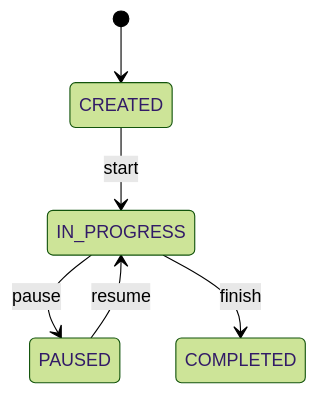
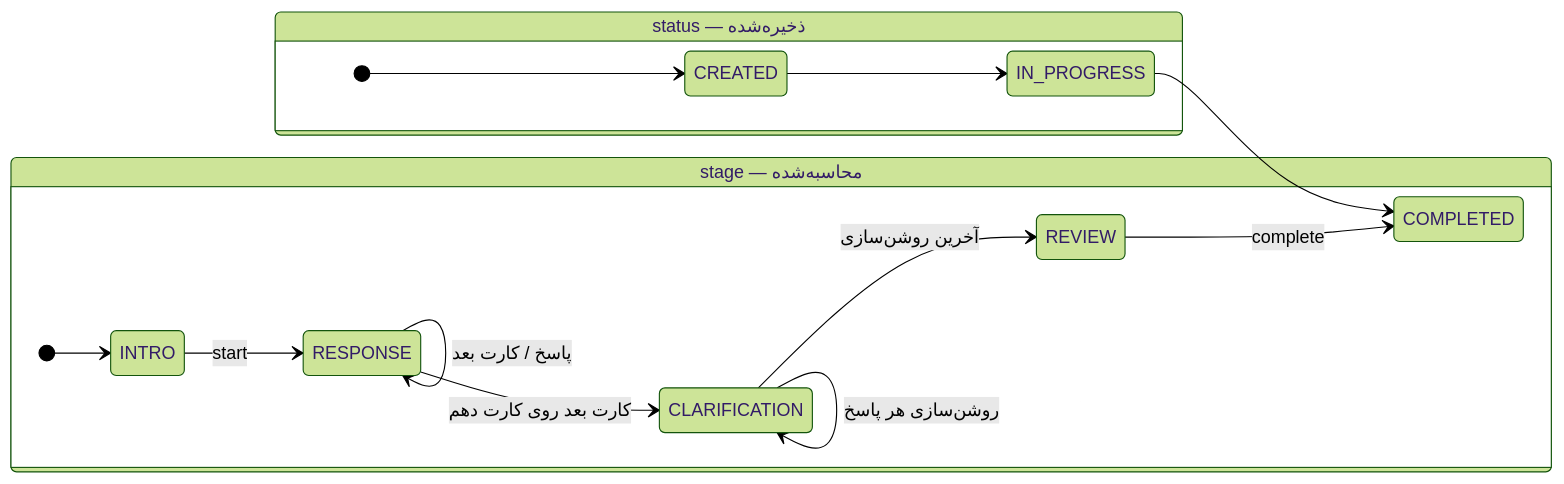
Before and after one commit to elmkhah/rorschach: the fourth of 8 diagrams in documentation/02-architecture.md, drawn with Mermaid (forest theme). The commit also changed other lines of this file and 23 other files, not shown here.

````diff
--- a/documentation/02-architecture.md
+++ b/documentation/02-architecture.md
@@ -70,8 +137,18 @@
 ```mermaid
 stateDiagram-v2
-    [*] --> CREATED
-    CREATED --> IN_PROGRESS: start
-    IN_PROGRESS --> PAUSED: pause
-    IN_PROGRESS --> COMPLETED: finish
-    PAUSED --> IN_PROGRESS: resume
+    direction LR
+    state "status — ذخیره‌شده" as S {
+        [*] --> CREATED
+        CREATED --> IN_PROGRESS
+        IN_PROGRESS --> COMPLETED
+    }
+    state "stage — محاسبه‌شده" as G {
+        [*] --> INTRO
+        INTRO --> RESPONSE: start
+        RESPONSE --> RESPONSE: پاسخ / کارت بعد
+        RESPONSE --> CLARIFICATION: کارت بعد روی کارت دهم
+        CLARIFICATION --> CLARIFICATION: روشن‌سازی هر پاسخ
+        CLARIFICATION --> REVIEW: آخرین روشن‌سازی
+        REVIEW --> COMPLETED: complete
+    }
 ```
````
